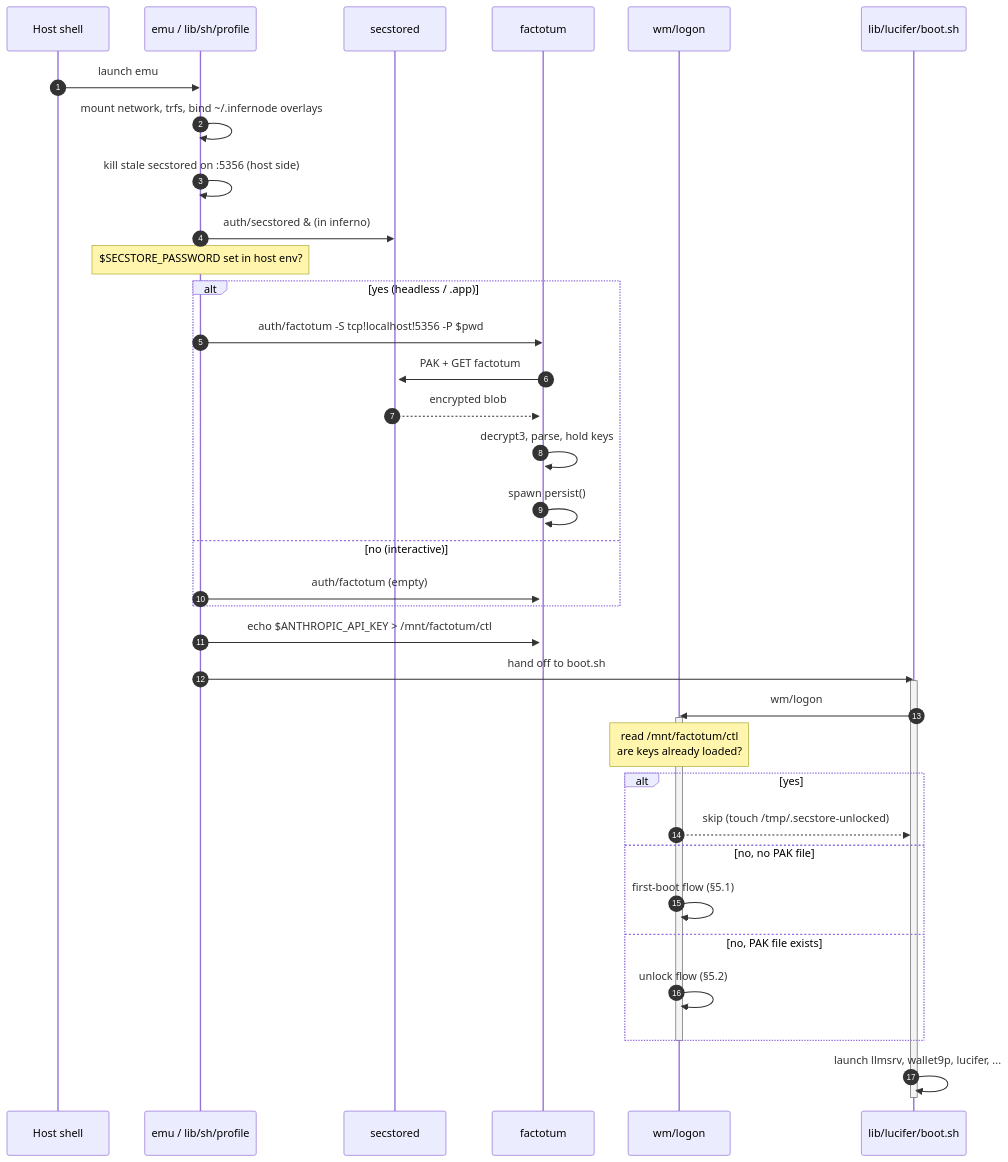
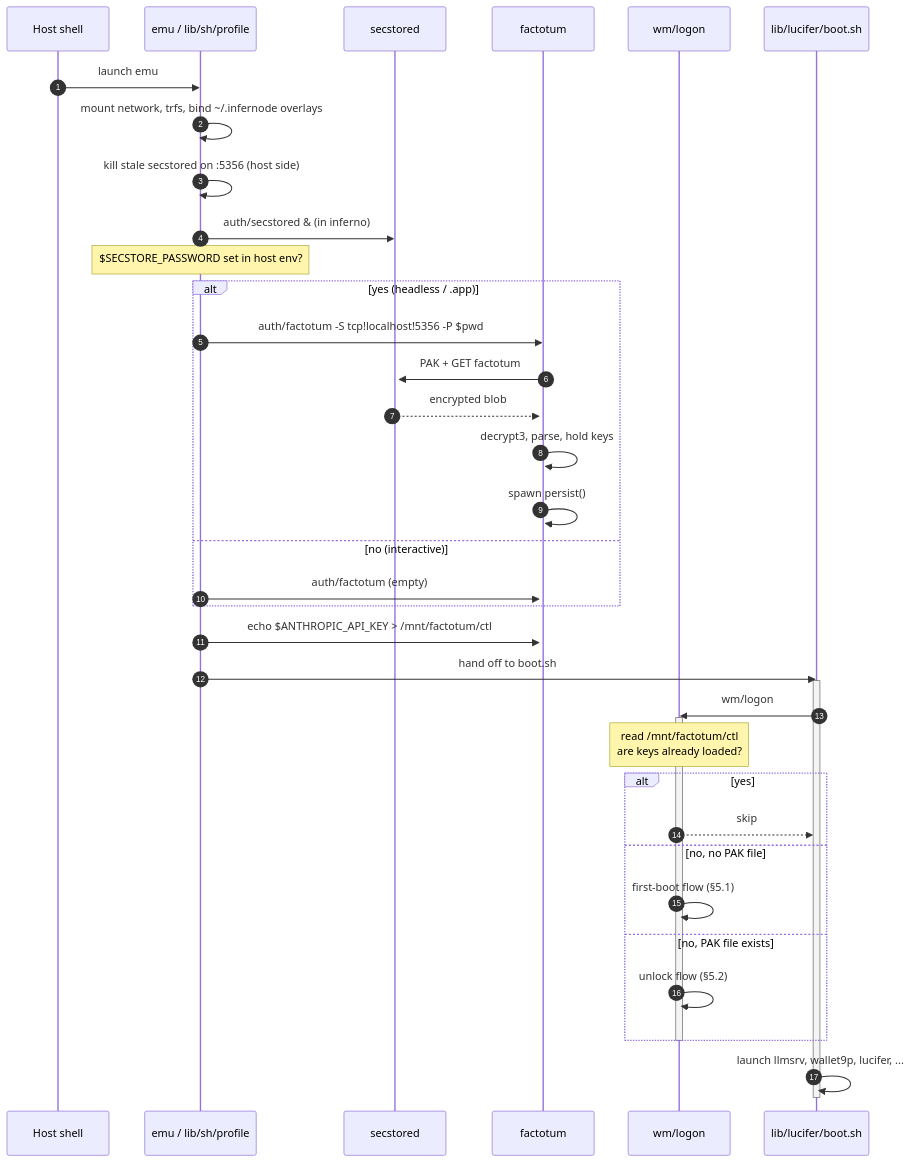
The seventh of 12 diagrams in docs/AUTHENTICATION.md (infernode-os/infernode), drawn with Mermaid before and after one commit. The commit also changed other lines of this file and 6 other files, not shown here.

````diff
--- a/docs/AUTHENTICATION.md
+++ b/docs/AUTHENTICATION.md
@@ -313,44 +313,44 @@
 ```mermaid
 sequenceDiagram
     autonumber
     participant H as Host shell
     participant E as emu / lib/sh/profile
     participant SS as secstored
     participant F as factotum
     participant L as wm/logon
     participant B as lib/lucifer/boot.sh
 
     H->>E: launch emu
     E->>E: mount network, trfs, bind ~/.infernode overlays
     E->>E: kill stale secstored on :5356 (host side)
     E->>SS: auth/secstored & (in inferno)
     activate SS
     Note over E: $SECSTORE_PASSWORD set in host env?
     alt yes (headless / .app)
         E->>F: auth/factotum -S tcp!localhost!5356 -P $pwd
         activate F
         F->>SS: PAK + GET factotum
         SS-->>F: encrypted blob
         F->>F: decrypt3, parse, hold keys
         F->>F: spawn persist()
     else no (interactive)
         E->>F: auth/factotum (empty)
         activate F
     end
     E->>F: echo $ANTHROPIC_API_KEY > /mnt/factotum/ctl
     E->>B: hand off to boot.sh
     activate B
     B->>L: wm/logon
     activate L
     Note over L: read /mnt/factotum/ctl<br/>are keys already loaded?
     alt yes
-        L-->>B: skip (touch /tmp/.secstore-unlocked)
+        L-->>B: skip
     else no, no PAK file
         L->>L: first-boot flow (§5.1)
     else no, PAK file exists
         L->>L: unlock flow (§5.2)
     end
     deactivate L
     B->>B: launch llmsrv, wallet9p, lucifer, ...
     deactivate B
 ```
````
